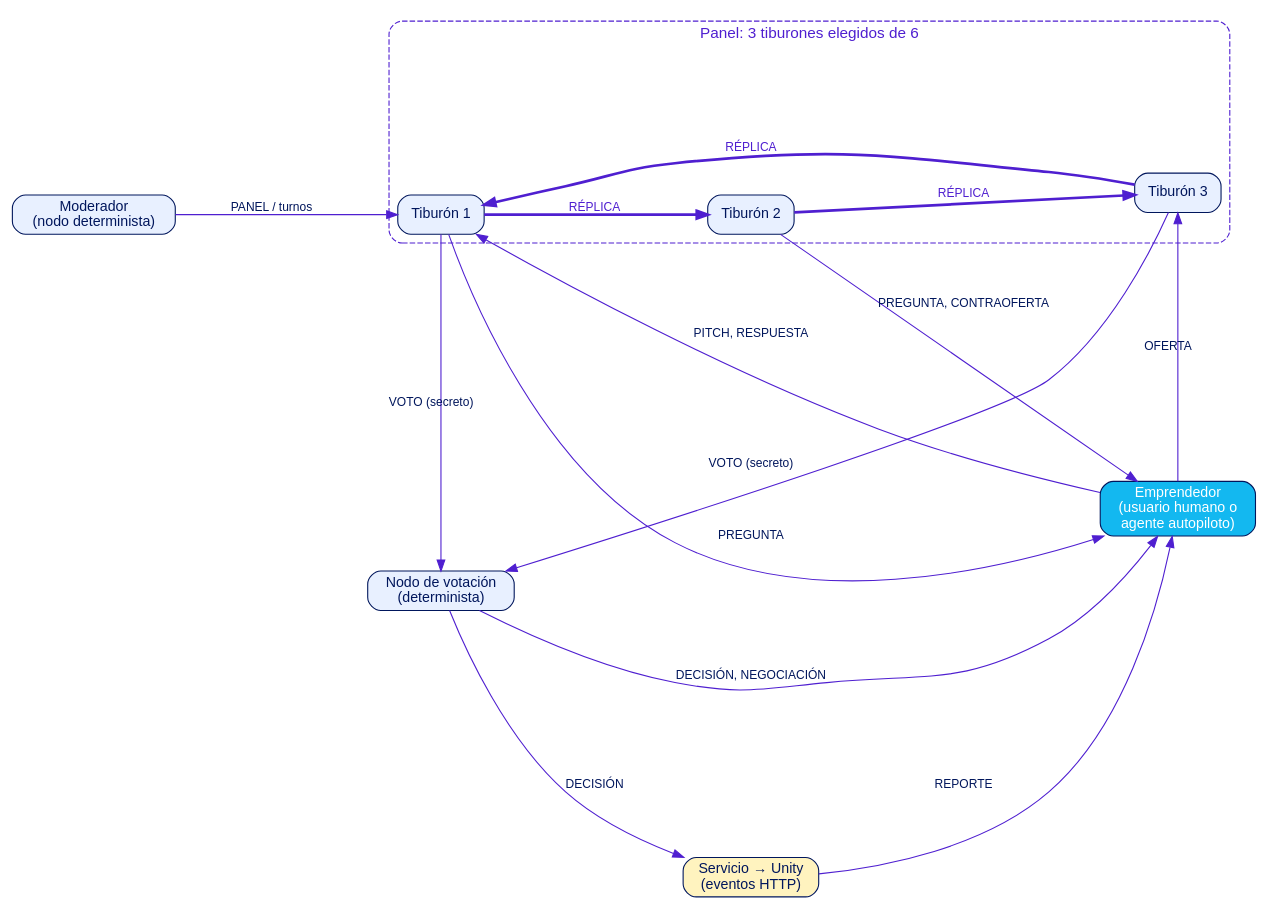
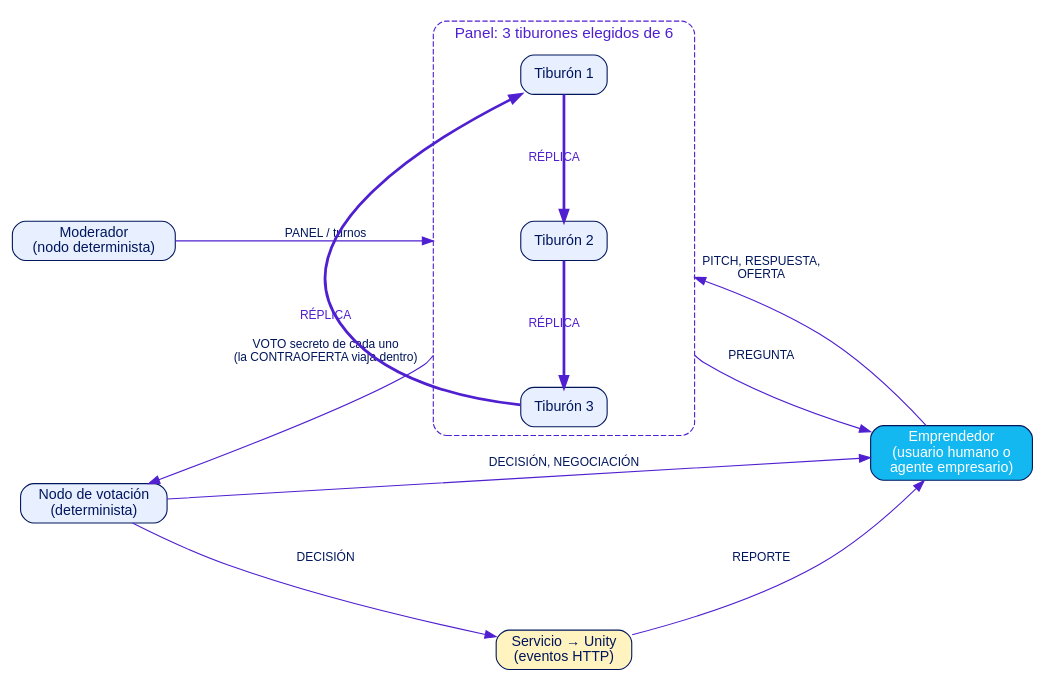
One commit to albertolopezb/NeuralHub changed the diagram in docs/figuras/f03_comunicaciones.dot. Above: the diagram before and after it, drawn with Graphviz. The commit also changed 173 other files, not shown here.

```diff
--- a/docs/figuras/f03_comunicaciones.dot
+++ b/docs/figuras/f03_comunicaciones.dot
@@ -1,13 +1,15 @@
 digraph G{ bgcolor=white; fontname="Helvetica"; node[fontname="Helvetica",fontsize=13,color="#00165C",fontcolor="#00165C",style="rounded,filled",fillcolor="#E8F0FF",shape=box]; edge[fontname="Helvetica",fontsize=11,color="#4F1FD0",fontcolor="#00165C"]; rankdir=LR; nodesep=.8; ranksep=1.3; compound=true;
 E[label="Emprendedor
 (usuario humano o
-agente autopiloto)",fillcolor="#13B8F0",fontcolor=white];
+agente empresario)",fillcolor="#13B8F0",fontcolor=white];
 M[label="Moderador
 (nodo determinista)"]; NV[label="Nodo de votación
 (determinista)"]; S[label="Servicio → Unity
 (eventos HTTP)",fillcolor="#FFF3BF"];
 subgraph cluster_t{label="Panel: 3 tiburones elegidos de 6";fontname="Helvetica";fontcolor="#4F1FD0";color="#4F1FD0";style="rounded,dashed";
  T1[label="Tiburón 1"]; T2[label="Tiburón 2"]; T3[label="Tiburón 3"];}
-E->T1[label="PITCH, RESPUESTA"]; T1->E[label="PREGUNTA"]; T2->E[label="PREGUNTA, CONTRAOFERTA"]; E->T3[label="OFERTA"];
-T1->T2[label="RÉPLICA",color="#4F1FD0",penwidth=2.5,fontcolor="#4F1FD0"]; T3->T1[label="RÉPLICA",color="#4F1FD0",penwidth=2.5,fontcolor="#4F1FD0"]; T2->T3[label="RÉPLICA",color="#4F1FD0",penwidth=2.5,fontcolor="#4F1FD0"];
-M->T1[label="PANEL / turnos"]; T1->NV[label="VOTO (secreto)"]; T3->NV[label="VOTO (secreto)"]; NV->E[label="DECISIÓN, NEGOCIACIÓN"]; NV->S[label="DECISIÓN"]; S->E[label="REPORTE"];}
+E->T2[label="PITCH, RESPUESTA,
+OFERTA",lhead=cluster_t]; T2->E[label="PREGUNTA",ltail=cluster_t];
+T1->T2[label="RÉPLICA",color="#4F1FD0",penwidth=2.5,fontcolor="#4F1FD0",constraint=false]; T2->T3[label="RÉPLICA",color="#4F1FD0",penwidth=2.5,fontcolor="#4F1FD0",constraint=false]; T3->T1[label="RÉPLICA",color="#4F1FD0",penwidth=2.5,fontcolor="#4F1FD0",constraint=false];
+M->T2[label="PANEL / turnos",lhead=cluster_t]; T2->NV[label="VOTO secreto de cada uno
+(la CONTRAOFERTA viaja dentro)",ltail=cluster_t]; NV->E[label="DECISIÓN, NEGOCIACIÓN"]; NV->S[label="DECISIÓN"]; S->E[label="REPORTE"];}
```
